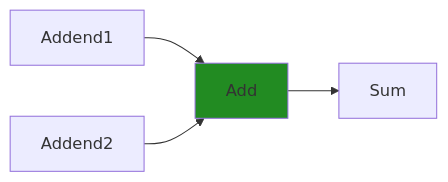
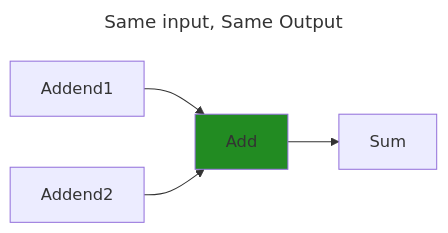
The first of 12 diagrams in structure.md (grierson/grierson), drawn with Mermaid before and after one commit. The commit also changed other lines of this file and 1 other file, not shown here.

````diff
--- a/structure.md
+++ b/structure.md
@@ -26,7 +32,10 @@
 ```mermaid
+---
+title: Same input, Same Output
+---
 flowchart LR
   style Add fill:ForestGreen
   Addend1 --> Add
   Addend2 --> Add
   Add --> Sum
 ```
````
